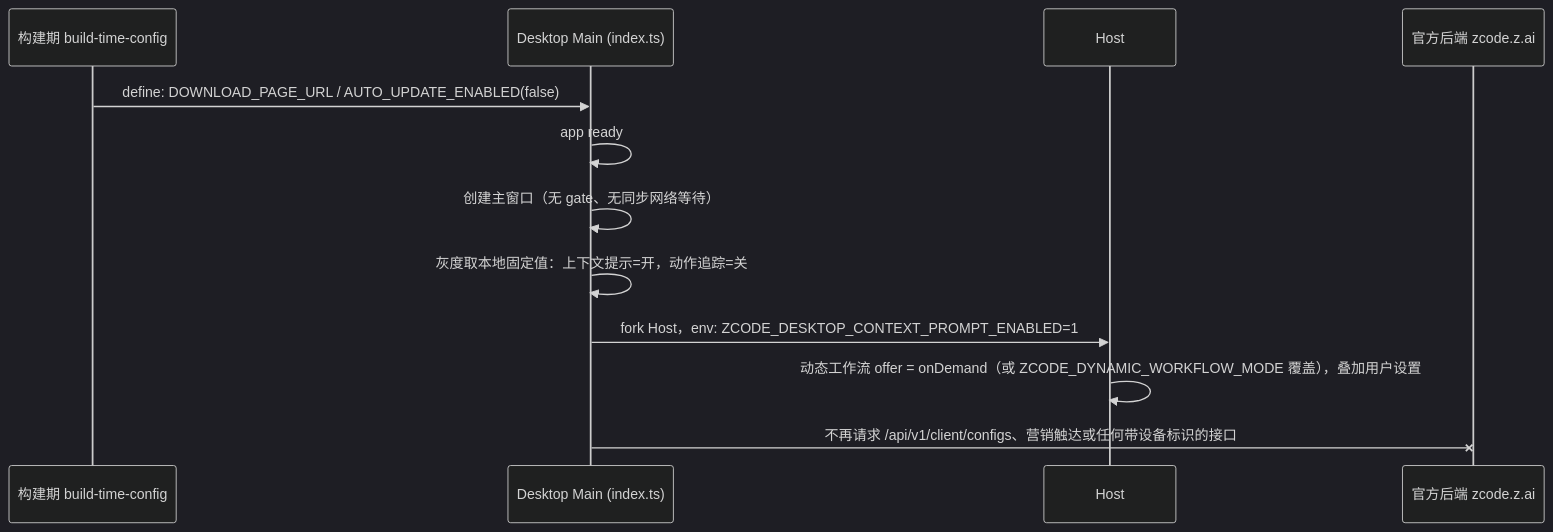
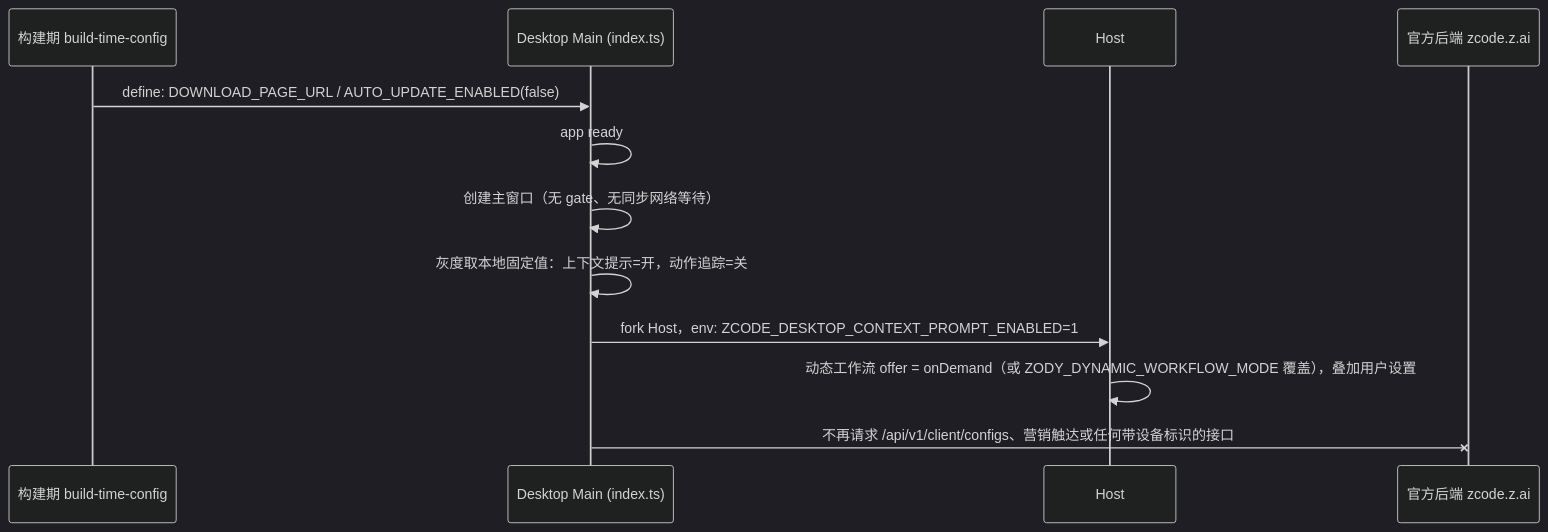
One commit to zclaudia/zody changed the diagram in specs/fork-official-backend-runtime-dependencies.md. Above: the diagram before and after it, drawn with Mermaid (dark theme). The commit also changed other lines of this file and 691 other files, not shown here.

````diff
--- a/specs/fork-official-backend-runtime-dependencies.md
+++ b/specs/fork-official-backend-runtime-dependencies.md
@@ -143,14 +143,14 @@
 ```mermaid
 sequenceDiagram
     participant B as 构建期 build-time-config
     participant M as Desktop Main (index.ts)
     participant H as Host
     participant O as 官方后端 zcode.z.ai
     B->>M: define: DOWNLOAD_PAGE_URL / AUTO_UPDATE_ENABLED(false)
     M->>M: app ready
     M->>M: 创建主窗口（无 gate、无同步网络等待）
     M->>M: 灰度取本地固定值：上下文提示=开，动作追踪=关
     M->>H: fork Host，env: ZCODE_DESKTOP_CONTEXT_PROMPT_ENABLED=1
-    H->>H: 动态工作流 offer = onDemand（或 ZCODE_DYNAMIC_WORKFLOW_MODE 覆盖），叠加用户设置
+    H->>H: 动态工作流 offer = onDemand（或 ZODY_DYNAMIC_WORKFLOW_MODE 覆盖），叠加用户设置
     M-xO: 不再请求 /api/v1/client/configs、营销触达或任何带设备标识的接口
 ```
````
